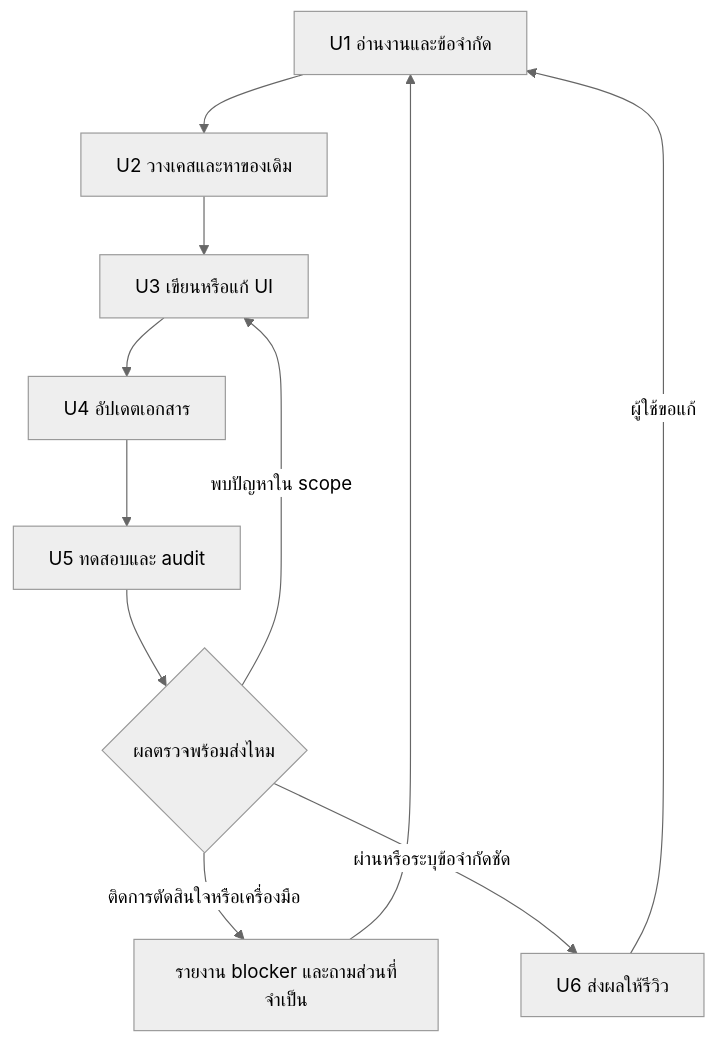
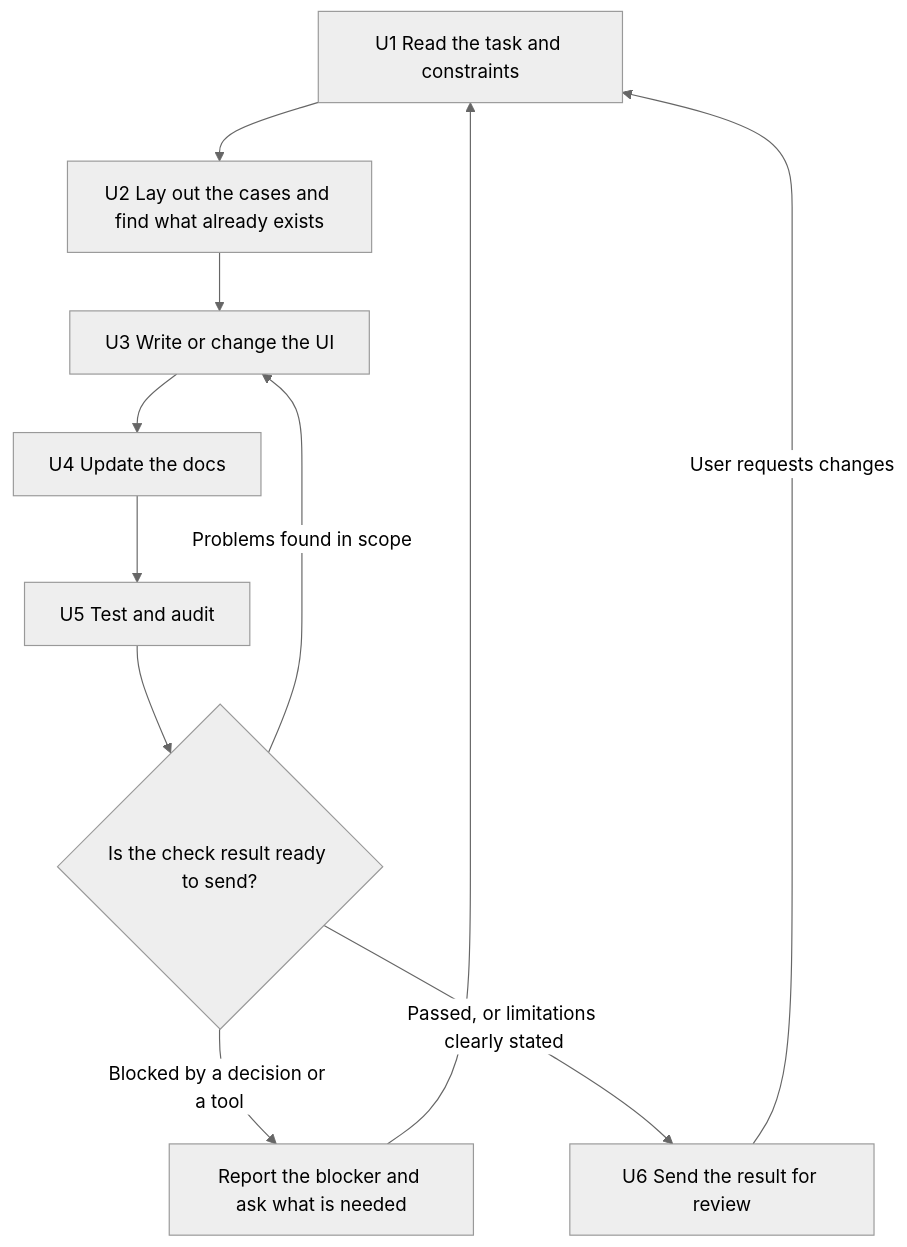
Before and after one commit to PraewNAT/cariva-design-workspace: the second of 7 diagrams in design-system/rules/workflow-map.md, drawn with Mermaid (neutral theme). The commit also changed other lines of this file and 190 other files, not shown here.

````diff
--- a/design-system/rules/workflow-map.md
+++ b/design-system/rules/workflow-map.md
@@ -58,15 +58,15 @@
 ```mermaid
 flowchart TD
-    U1["U1 อ่านงานและข้อจำกัด"]
-    U2["U2 วางเคสและหาของเดิม"]
-    U3["U3 เขียนหรือแก้ UI"]
-    U4["U4 อัปเดตเอกสาร"]
-    U5["U5 ทดสอบและ audit"]
-    U6["U6 ส่งผลให้รีวิว"]
-    U1 --> U2 --> U3 --> U4 --> U5 --> Q{ผลตรวจพร้อมส่งไหม}
-    Q -->|พบปัญหาใน scope| U3
-    Q -->|ติดการตัดสินใจหรือเครื่องมือ| A[รายงาน blocker และถามส่วนที่จำเป็น]
+    U1["U1 Read the task and constraints"]
+    U2["U2 Lay out the cases and find what already exists"]
+    U3["U3 Write or change the UI"]
+    U4["U4 Update the docs"]
+    U5["U5 Test and audit"]
+    U6["U6 Send the result for review"]
+    U1 --> U2 --> U3 --> U4 --> U5 --> Q{Is the check result ready to send?}
+    Q -->|Problems found in scope| U3
+    Q -->|Blocked by a decision or a tool| A[Report the blocker and ask what is needed]
     A --> U1
-    Q -->|ผ่านหรือระบุข้อจำกัดชัด| U6
-    U6 -->|ผู้ใช้ขอแก้| U1
+    Q -->|Passed, or limitations clearly stated| U6
+    U6 -->|User requests changes| U1
 ```
````
